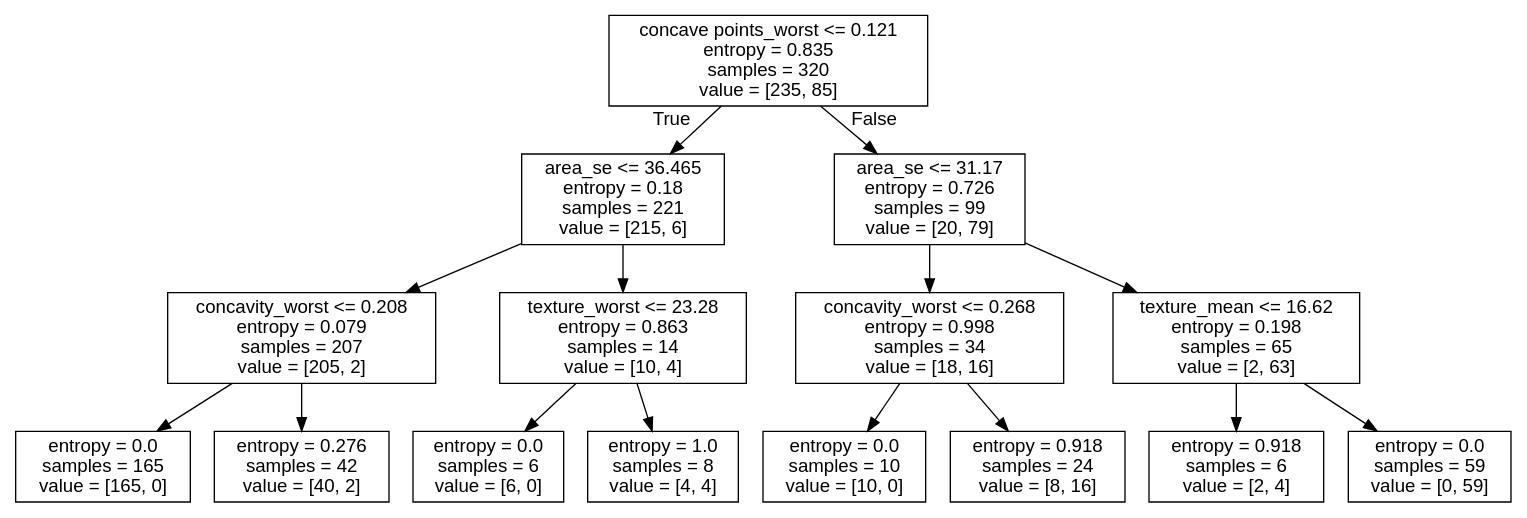
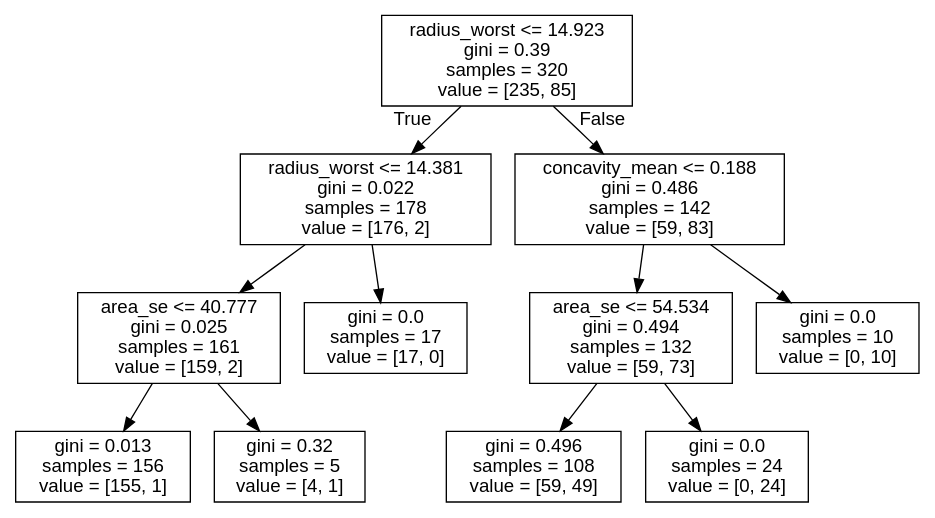
One commit to m21ark/ia_t2 changed the diagram in tree.dot. Above: the diagram before and after it, drawn with Graphviz. The commit also changed 3 other files, not shown here.

```diff
--- a/tree.dot
+++ b/tree.dot
@@ -1,33 +1,25 @@
 digraph Tree {
 node [shape=box, fontname="helvetica"] ;
 edge [fontname="helvetica"] ;
-0 [label="concave points_worst <= 0.121\nentropy = 0.835\nsamples = 320\nvalue = [235, 85]"] ;
-1 [label="area_se <= 36.465\nentropy = 0.18\nsamples = 221\nvalue = [215, 6]"] ;
+0 [label="radius_worst <= 14.923\ngini = 0.39\nsamples = 320\nvalue = [235, 85]"] ;
+1 [label="radius_worst <= 14.381\ngini = 0.022\nsamples = 178\nvalue = [176, 2]"] ;
 0 -> 1 [labeldistance=2.5, labelangle=45, headlabel="True"] ;
-2 [label="concavity_worst <= 0.208\nentropy = 0.079\nsamples = 207\nvalue = [205, 2]"] ;
+2 [label="area_se <= 40.777\ngini = 0.025\nsamples = 161\nvalue = [159, 2]"] ;
 1 -> 2 ;
-3 [label="entropy = 0.0\nsamples = 165\nvalue = [165, 0]"] ;
+3 [label="gini = 0.013\nsamples = 156\nvalue = [155, 1]"] ;
 2 -> 3 ;
-4 [label="entropy = 0.276\nsamples = 42\nvalue = [40, 2]"] ;
+4 [label="gini = 0.32\nsamples = 5\nvalue = [4, 1]"] ;
 2 -> 4 ;
-5 [label="texture_worst <= 23.28\nentropy = 0.863\nsamples = 14\nvalue = [10, 4]"] ;
+5 [label="gini = 0.0\nsamples = 17\nvalue = [17, 0]"] ;
 1 -> 5 ;
-6 [label="entropy = 0.0\nsamples = 6\nvalue = [6, 0]"] ;
-5 -> 6 ;
-7 [label="entropy = 1.0\nsamples = 8\nvalue = [4, 4]"] ;
-5 -> 7 ;
-8 [label="area_se <= 31.17\nentropy = 0.726\nsamples = 99\nvalue = [20, 79]"] ;
-0 -> 8 [labeldistance=2.5, labelangle=-45, headlabel="False"] ;
-9 [label="concavity_worst <= 0.268\nentropy = 0.998\nsamples = 34\nvalue = [18, 16]"] ;
-8 -> 9 ;
-10 [label="entropy = 0.0\nsamples = 10\nvalue = [10, 0]"] ;
-9 -> 10 ;
-11 [label="entropy = 0.918\nsamples = 24\nvalue = [8, 16]"] ;
-9 -> 11 ;
-12 [label="texture_mean <= 16.62\nentropy = 0.198\nsamples = 65\nvalue = [2, 63]"] ;
-8 -> 12 ;
-13 [label="entropy = 0.918\nsamples = 6\nvalue = [2, 4]"] ;
-12 -> 13 ;
-14 [label="entropy = 0.0\nsamples = 59\nvalue = [0, 59]"] ;
-12 -> 14 ;
+6 [label="concavity_mean <= 0.188\ngini = 0.486\nsamples = 142\nvalue = [59, 83]"] ;
+0 -> 6 [labeldistance=2.5, labelangle=-45, headlabel="False"] ;
+7 [label="area_se <= 54.534\ngini = 0.494\nsamples = 132\nvalue = [59, 73]"] ;
+6 -> 7 ;
+8 [label="gini = 0.496\nsamples = 108\nvalue = [59, 49]"] ;
+7 -> 8 ;
+9 [label="gini = 0.0\nsamples = 24\nvalue = [0, 24]"] ;
+7 -> 9 ;
+10 [label="gini = 0.0\nsamples = 10\nvalue = [0, 10]"] ;
+6 -> 10 ;
 }
```
